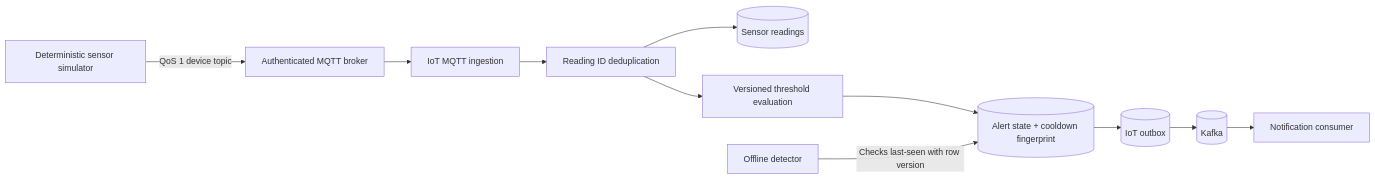
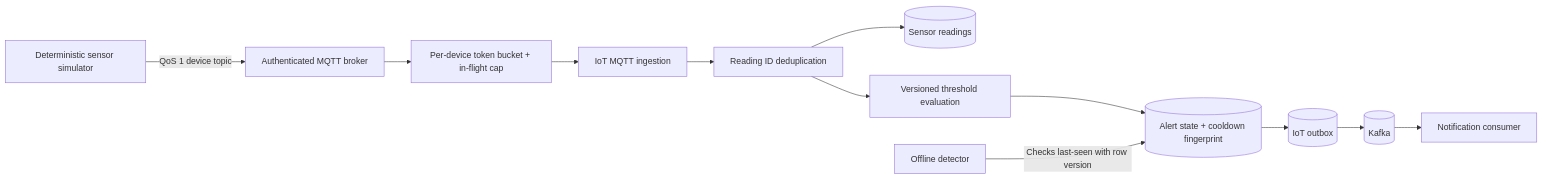
One commit to JasonTM17/AgriCore_SpringBoot_Microservices changed the diagram in docs/diagrams/iot-ingestion-flow.md. Above: the diagram before and after it, drawn with Mermaid. The commit also changed other lines of this file and 9 other files, not shown here.

Commit message:
docs(architecture): synchronize service boundaries

````diff
--- a/docs/diagrams/iot-ingestion-flow.md
+++ b/docs/diagrams/iot-ingestion-flow.md
@@ -3,21 +3,22 @@
 ```mermaid
 flowchart LR
     simulator["Deterministic sensor simulator"]
     broker["Authenticated MQTT broker"]
+    quota["Per-device token bucket + in-flight cap"]
     ingestion["IoT MQTT ingestion"]
     dedupe["Reading ID deduplication"]
     readings[("Sensor readings")]
     rules["Versioned threshold evaluation"]
     alerts[("Alert state + cooldown fingerprint")]
     outbox[("IoT outbox")]
     kafka[("Kafka")]
     notification["Notification consumer"]
     offline["Offline detector"]
 
     simulator -->|"QoS 1 device topic"| broker
-    broker --> ingestion --> dedupe
+    broker --> quota --> ingestion --> dedupe
     dedupe --> readings
     dedupe --> rules --> alerts
     alerts --> outbox --> kafka --> notification
     offline -->|"Checks last-seen with row version"| alerts
 ```
````
